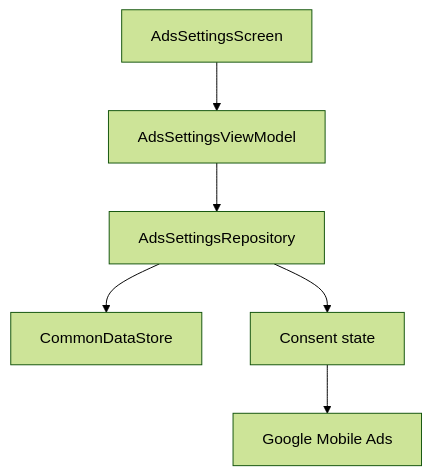
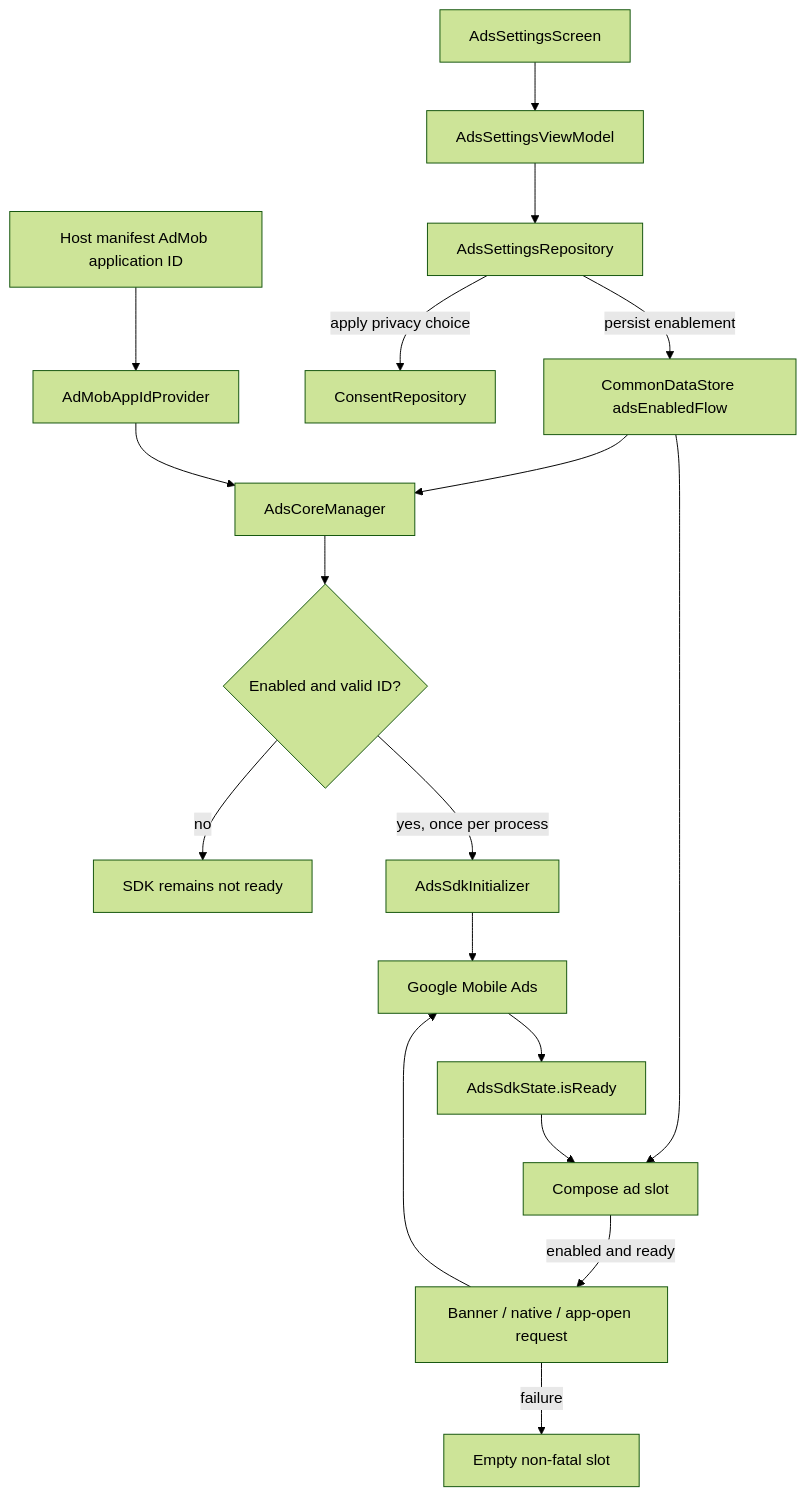
The diagram in library/integration/ads/README.md (MihaiCristianCondrea/App-Toolkit-for-Android), drawn with Mermaid (forest theme) before and after one commit. The commit also changed other lines of this file and 57 other files, not shown here.

````diff
--- a/library/integration/ads/README.md
+++ b/library/integration/ads/README.md
@@ -35,8 +35,20 @@
 ```mermaid
 flowchart TD
-    Screen[AdsSettingsScreen] --> VM[AdsSettingsViewModel]
+    Settings[AdsSettingsScreen] --> VM[AdsSettingsViewModel]
     VM --> Repo[AdsSettingsRepository]
-    Repo --> Store[CommonDataStore]
-    Repo --> Consent[Consent state]
-    Consent --> AdsSDK[Google Mobile Ads]
+    Repo -->|persist enablement| Store[CommonDataStore adsEnabledFlow]
+    Repo -->|apply privacy choice| Consent[ConsentRepository]
+    Store --> Manager[AdsCoreManager]
+    Manifest[Host manifest AdMob application ID] --> Id[AdMobAppIdProvider]
+    Id --> Manager
+    Manager --> Gate{Enabled and valid ID?}
+    Gate -->|no| Disabled[SDK remains not ready]
+    Gate -->|yes, once per process| Initializer[AdsSdkInitializer]
+    Initializer --> SDK[Google Mobile Ads]
+    SDK --> Ready[AdsSdkState.isReady]
+    Store --> Slot[Compose ad slot]
+    Ready --> Slot
+    Slot -->|enabled and ready| Request[Banner / native / app-open request]
+    Request --> SDK
+    Request -->|failure| Empty[Empty non-fatal slot]
 ```
````
